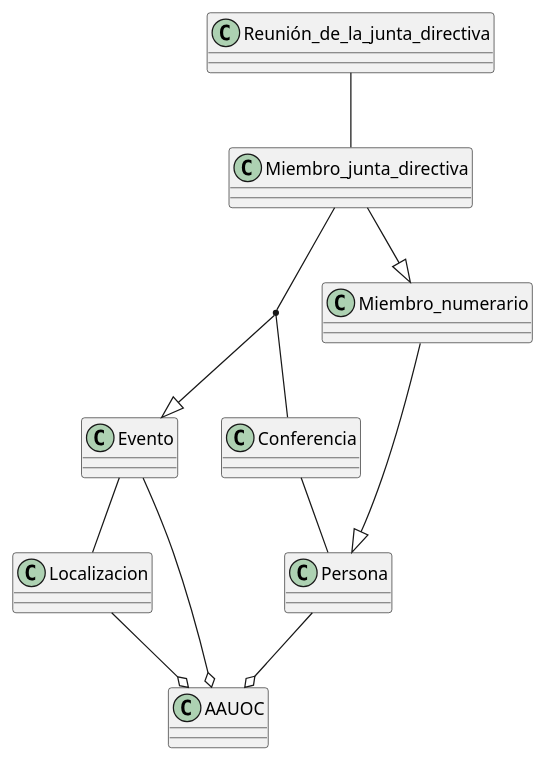
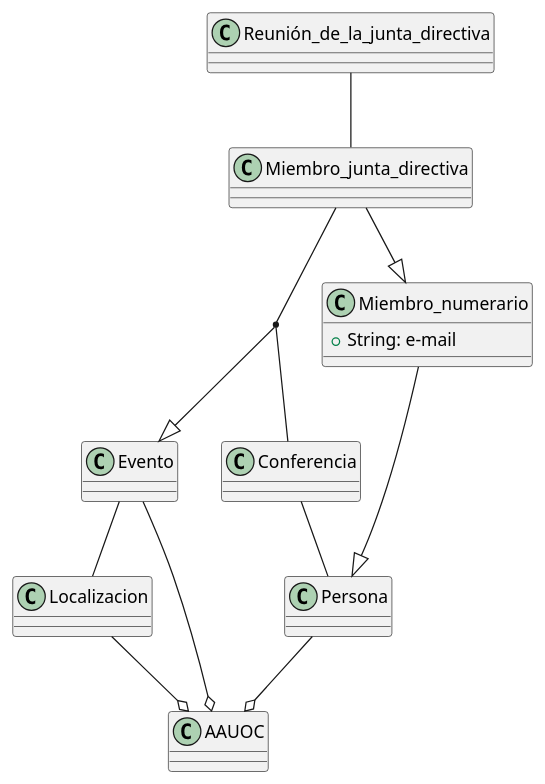
The diagram in src/PabloDiagrama.puml (moevius237/Practica-Diagramas-UML-PAblo), drawn with PlantUML before and after one commit.

Commit message:
Añadimos el primer atributo

```diff
--- a/src/PabloDiagrama.puml
+++ b/src/PabloDiagrama.puml
@@ -1,38 +1,38 @@
 @startuml
 class Miembro_numerario{
-
++String: e-mail
 }
 
 class Miembro_junta_directiva
 
 class Conferencia {
 
 }
 
 class Evento {
 
 }
 
 class Reunión_de_la_junta_directiva
 
 class Localizacion {
 
 }
 
 class Persona{
 }
 
 class AAUOC{
 
 }
 
 Miembro_numerario--|>Persona
 Miembro_junta_directiva--|>Miembro_numerario
 (Miembro_junta_directiva, Conferencia) --|> Evento
 Evento --o AAUOC
 Evento -- Localizacion
 Localizacion --o AAUOC
 Persona --o AAUOC
 Reunión_de_la_junta_directiva -- Miembro_junta_directiva
 Conferencia -- Persona
 @enduml
```
